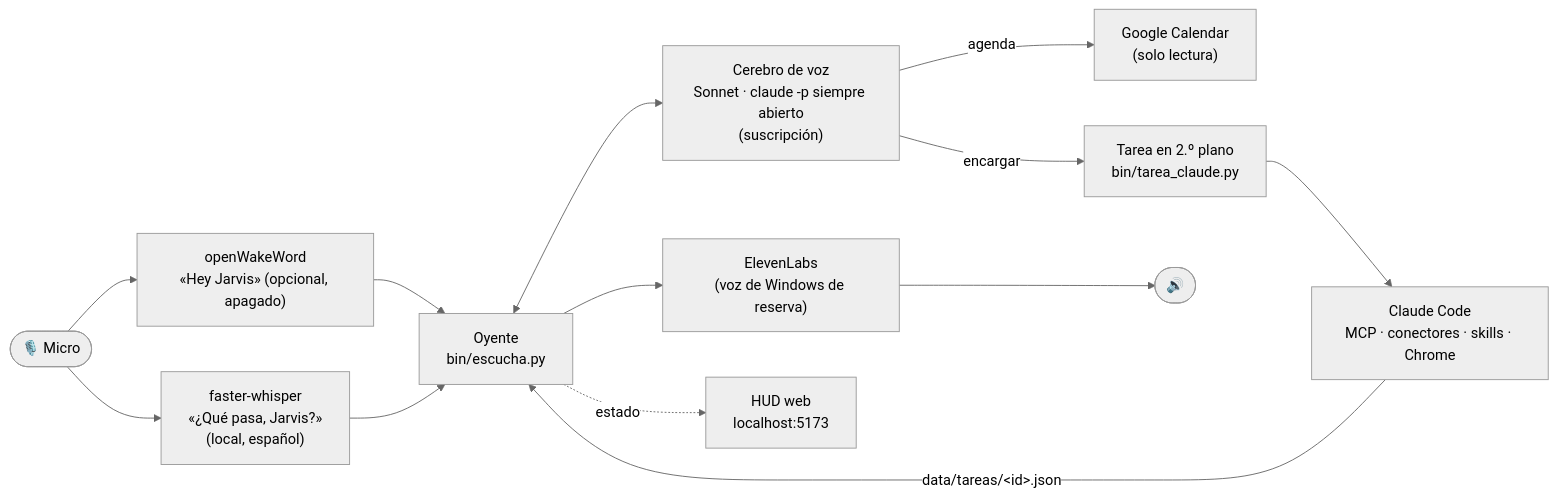
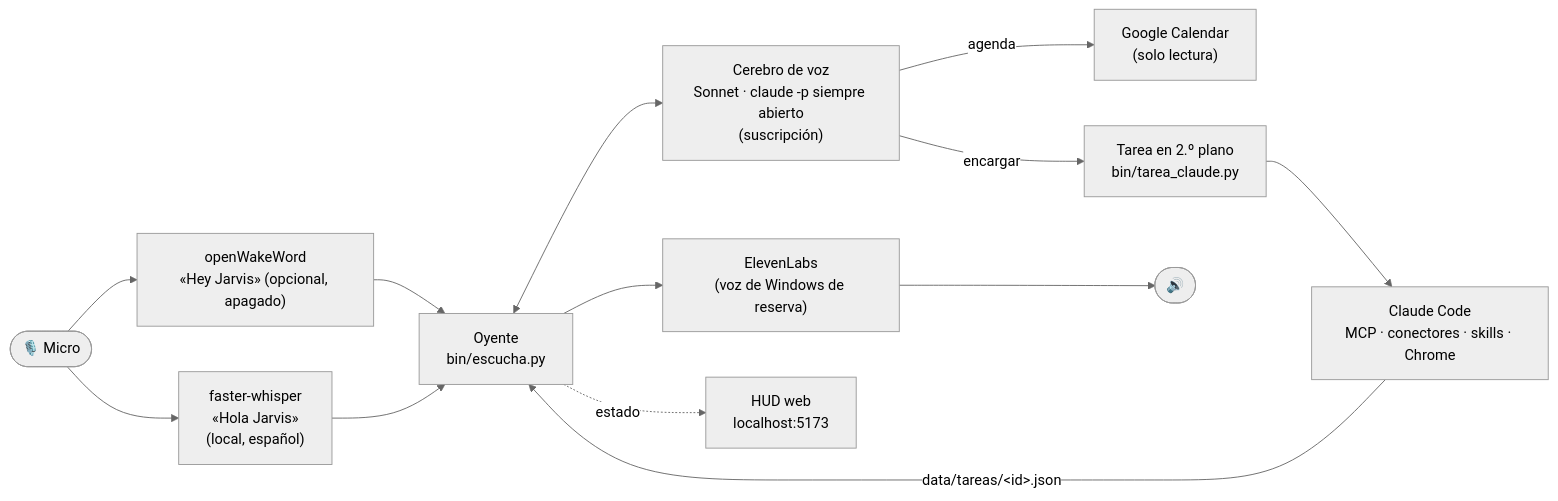
Before and after one commit to ndoreste/jarvis-claude-voice: the diagram in README.md, drawn with Mermaid (neutral theme). The commit also changed other lines of this file and 9 other files, not shown here.

First line of the commit message:
feat: se despierta con «Hola Jarvis» y contactos de WhatsApp en ajustes

````diff
--- a/README.md
+++ b/README.md
@@ -36,15 +36,15 @@
 ```mermaid
 flowchart LR
     MIC(["🎙️ Micro"]) --> WAKE["openWakeWord<br/>«Hey Jarvis» (opcional, apagado)"]
-    MIC --> STT["faster-whisper<br/>«¿Qué pasa, Jarvis?»<br/>(local, español)"]
+    MIC --> STT["faster-whisper<br/>«Hola Jarvis»<br/>(local, español)"]
     WAKE --> OYENTE
     STT --> OYENTE["Oyente<br/>bin/escucha.py"]
     OYENTE <--> CEREBRO["Cerebro de voz<br/>Sonnet · claude -p siempre abierto<br/>(suscripción)"]
     CEREBRO -- "agenda" --> CAL["Google Calendar<br/>(solo lectura)"]
     CEREBRO -- "encargar" --> TAREA["Tarea en 2.º plano<br/>bin/tarea_claude.py"]
     TAREA --> CC["Claude Code<br/>MCP · conectores · skills · Chrome"]
     CC -- "data/tareas/&lt;id&gt;.json" --> OYENTE
     OYENTE --> TTS["ElevenLabs<br/>(voz de Windows de reserva)"]
     TTS --> ALT(["🔊"])
     OYENTE -. estado .-> HUD["HUD web<br/>localhost:5173"]
 ```
````
